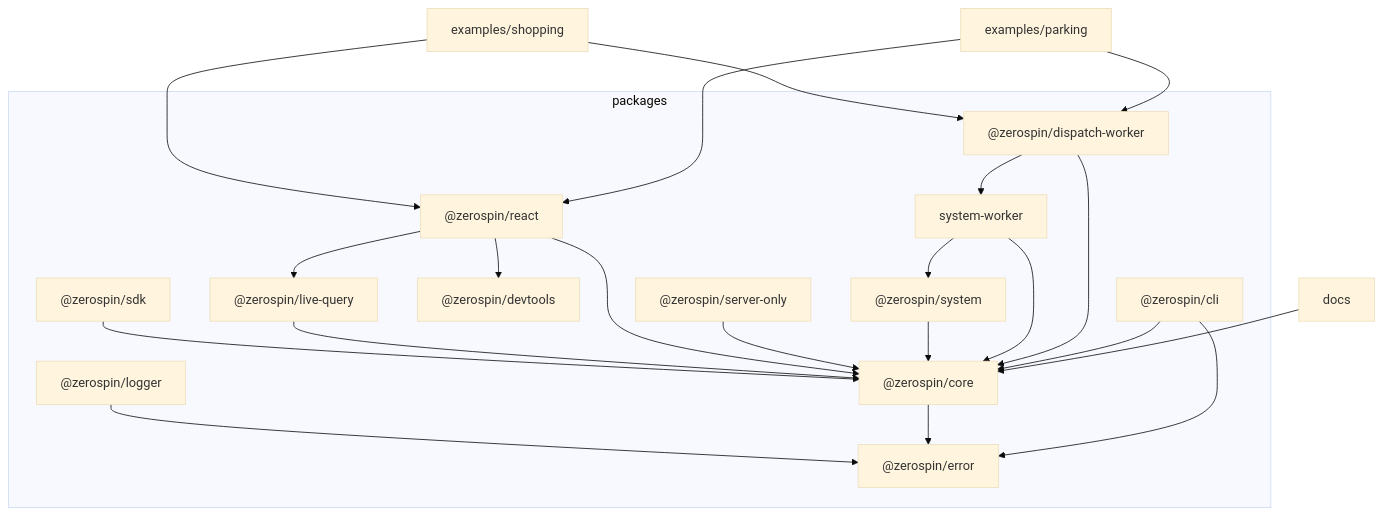
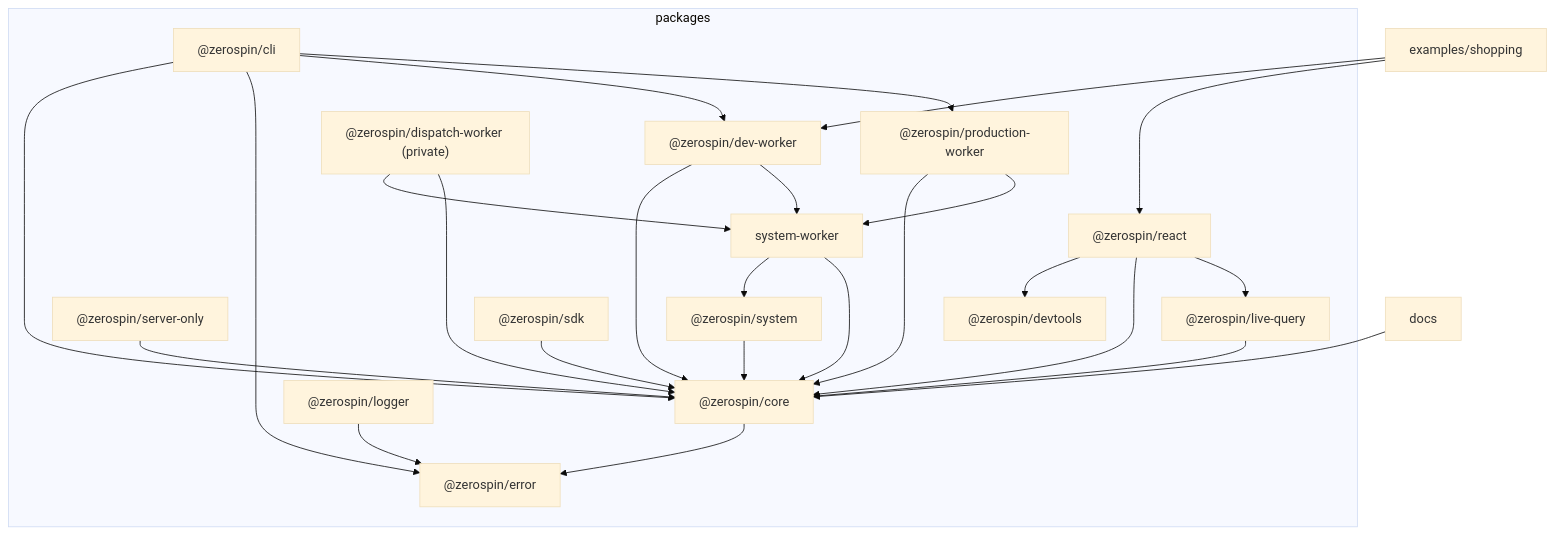
Before and after one commit to morgs32/qrk.sh: the diagram in README.md, drawn with Mermaid (base theme). The commit also changed other lines of this file and 1357 other files, not shown here.

````diff
--- a/README.md
+++ b/README.md
@@ -25,43 +25,48 @@
 ```mermaid
 flowchart TD
   subgraph packagesLayer["packages"]
     errorPkg["@zerospin/error"]
     corePkg["@zerospin/core"]
     systemPkg["@zerospin/system"]
     systemWorkerPkg["system-worker"]
-    dispatchWorkerPkg["@zerospin/dispatch-worker"]
+    devWorkerPkg["@zerospin/dev-worker"]
+    productionWorkerPkg["@zerospin/production-worker"]
+    dispatchWorkerPkg["@zerospin/dispatch-worker (private)"]
     loggerPkg["@zerospin/logger"]
     serverOnlyPkg["@zerospin/server-only"]
     devtoolsPkg["@zerospin/devtools"]
     liveQueryPkg["@zerospin/live-query"]
     cliPkg["@zerospin/cli"]
     reactPkg["@zerospin/react"]
     sdkPkg["@zerospin/sdk"]
   end
 
   docs["docs"]
-  parking["examples/parking"]
   shopping["examples/shopping"]
 
   docs --> corePkg
-  parking --> dispatchWorkerPkg
-  parking --> reactPkg
-  shopping --> dispatchWorkerPkg
+  shopping --> devWorkerPkg
   shopping --> reactPkg
 
   cliPkg --> corePkg
   cliPkg --> errorPkg
   corePkg --> errorPkg
+  cliPkg --> devWorkerPkg
+  cliPkg --> productionWorkerPkg
+  dispatchWorkerPkg --> systemWorkerPkg
   dispatchWorkerPkg --> corePkg
-  dispatchWorkerPkg --> systemWorkerPkg
+  devWorkerPkg --> corePkg
+  devWorkerPkg --> systemWorkerPkg
+  productionWorkerPkg --> corePkg
+  productionWorkerPkg --> systemWorkerPkg
   systemWorkerPkg --> systemPkg
   systemWorkerPkg --> corePkg
   systemPkg --> corePkg
   loggerPkg --> errorPkg
   serverOnlyPkg --> corePkg
   reactPkg --> devtoolsPkg
   reactPkg --> corePkg
   reactPkg --> liveQueryPkg
   liveQueryPkg --> corePkg
   sdkPkg --> corePkg
 ```
````
